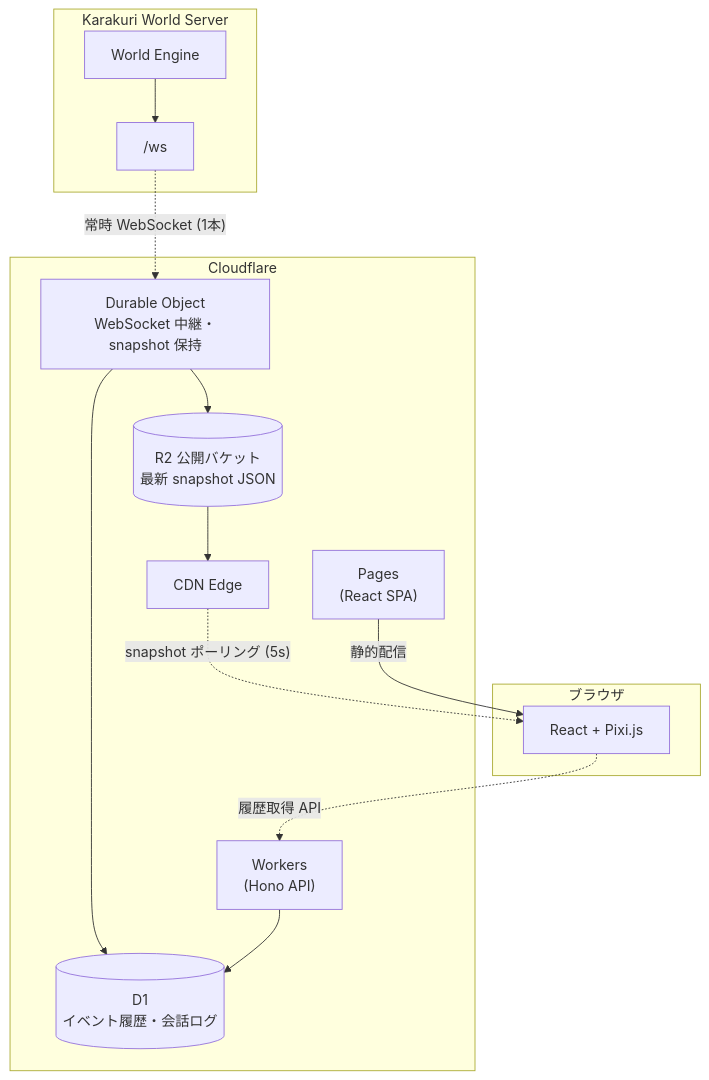
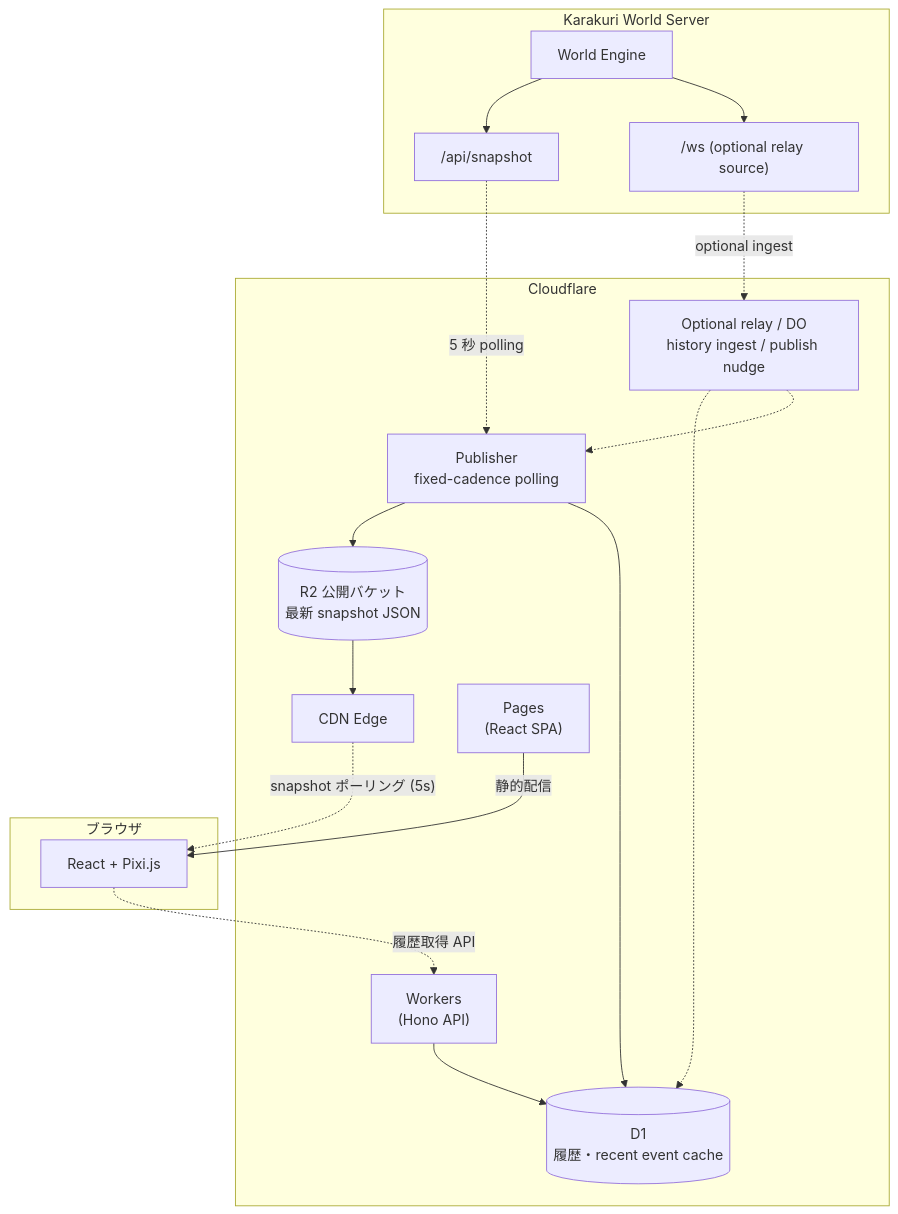
The diagram in docs/design/ui-system.md (KarakuriAgent/karakuri-world), drawn with Mermaid before and after one commit. The commit also changed other lines of this file and 28 other files, not shown here.

````diff
--- a/docs/design/ui-system.md
+++ b/docs/design/ui-system.md
@@ -31,31 +31,37 @@
 ```mermaid
 graph TB
     subgraph kw["Karakuri World Server"]
         engine["World Engine"]
-        ws["/ws"]
+        snapshot["/api/snapshot"]
+        ws["/ws (optional relay source)"]
+        engine --> snapshot
         engine --> ws
     end
 
     subgraph cf["Cloudflare"]
-        do["Durable Object<br/>WebSocket 中継・snapshot 保持"]
-        d1[("D1<br/>イベント履歴・会話ログ")]
+        publisher["Publisher<br/>fixed-cadence polling"]
+        relay["Optional relay / DO<br/>history ingest / publish nudge"]
+        d1[("D1<br/>履歴・recent event cache")]
         r2[("R2 公開バケット<br/>最新 snapshot JSON")]
         edge["CDN Edge"]
         workers["Workers<br/>(Hono API)"]
         pages["Pages<br/>(React SPA)"]
 
-        do --> d1
-        do --> r2
+        publisher --> r2
+        publisher --> d1
+        relay -.-> d1
+        relay -.-> publisher
         r2 --> edge
         workers --> d1
     end
 
     subgraph client["ブラウザ"]
         ui["React + Pixi.js"]
     end
 
-    ws -.->|"常時 WebSocket (1本)"| do
+    snapshot -.->|"5 秒 polling"| publisher
+    ws -.->|"optional ingest"| relay
     edge -.->|"snapshot ポーリング (5s)"| ui
     ui -.->|"履歴取得 API"| workers
     pages -->|"静的配信"| ui
 ```
````
